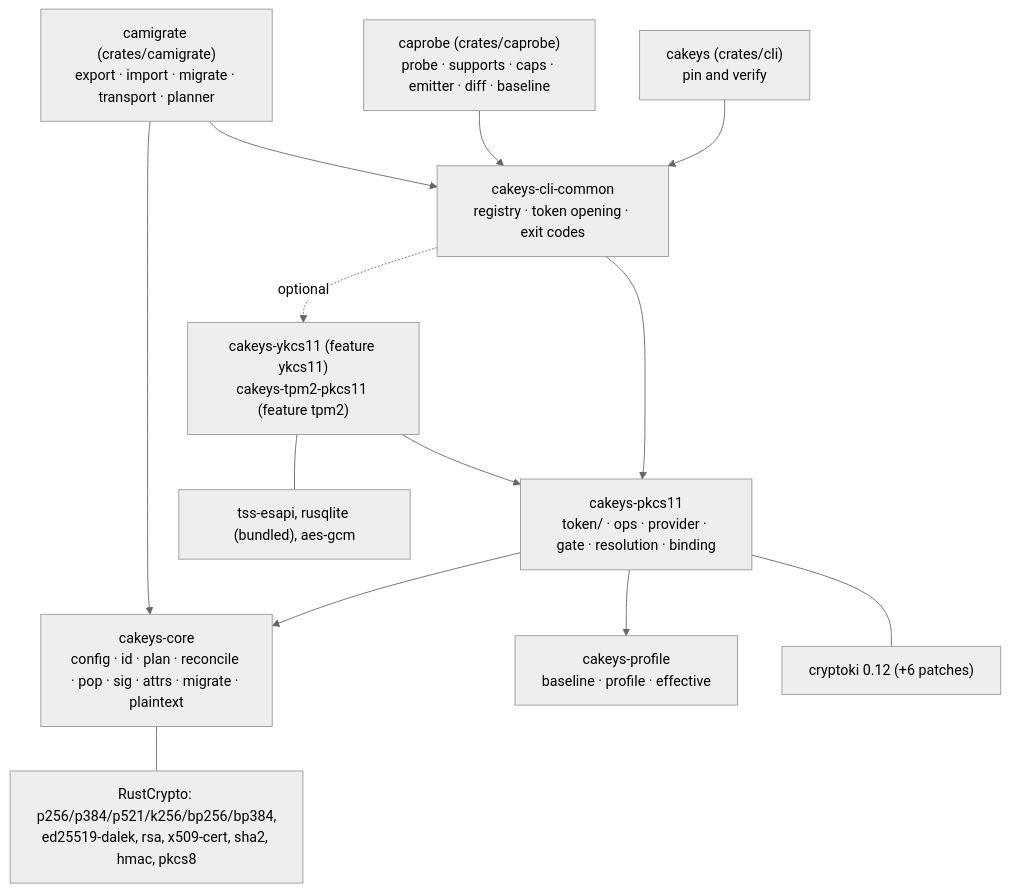
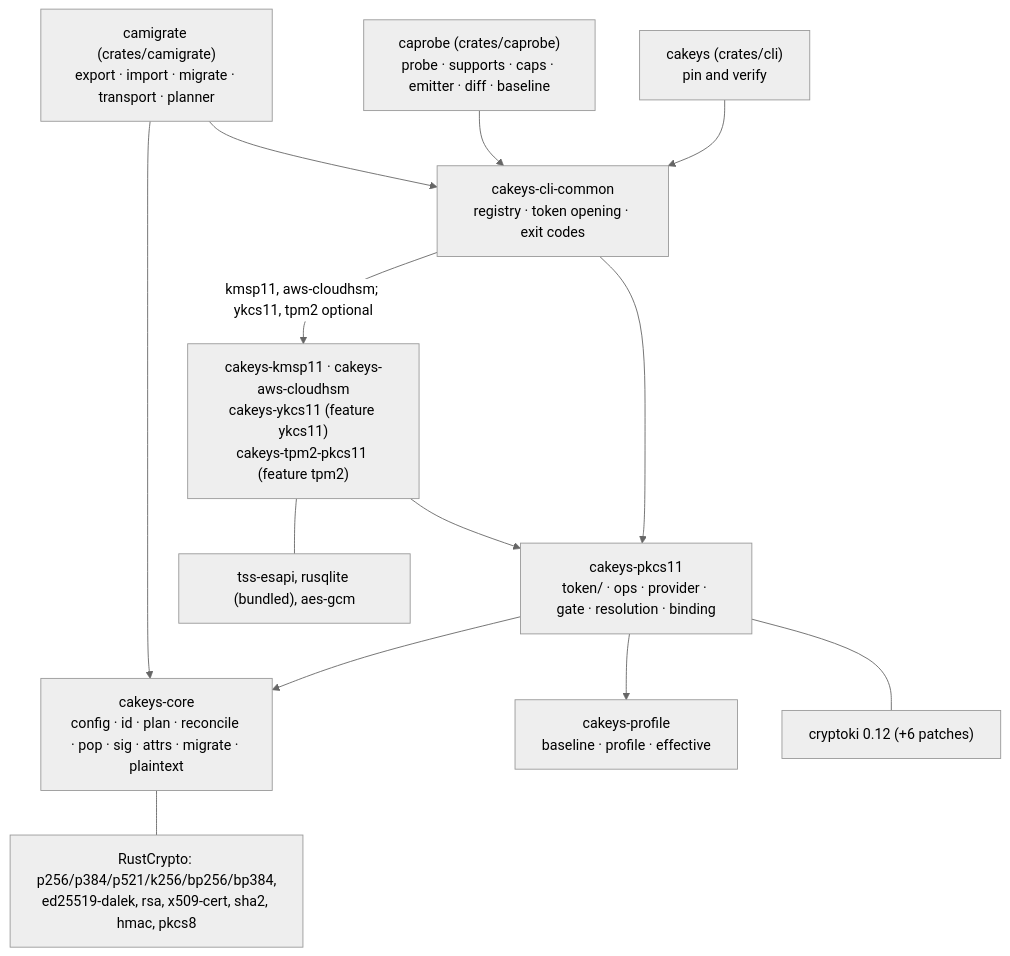
The first of 2 diagrams in docs/ARCHITECTURE.md (Princemachiavelli/cakeys), drawn with Mermaid (neutral theme) before and after one commit. The commit also changed other lines of this file and 347 other files, not shown here.

````diff
--- a/docs/ARCHITECTURE.md
+++ b/docs/ARCHITECTURE.md
@@ -42,25 +42,25 @@
 ```mermaid
 flowchart TD
     CLI["cakeys (crates/cli)<br/>pin and verify"]
     PROBE["caprobe (crates/caprobe)<br/>probe · supports · caps · emitter · diff · baseline"]
     MIG["camigrate (crates/camigrate)<br/>export · import · migrate · transport · planner"]
     COMMON["cakeys-cli-common<br/>registry · token opening · exit codes"]
     P11["cakeys-pkcs11<br/>token/ · ops · provider · gate · resolution · binding"]
-    PROVS["cakeys-ykcs11 (feature ykcs11)<br/>cakeys-tpm2-pkcs11 (feature tpm2)"]
+    PROVS["cakeys-kmsp11 · cakeys-aws-cloudhsm<br/>cakeys-ykcs11 (feature ykcs11)<br/>cakeys-tpm2-pkcs11 (feature tpm2)"]
     CORE["cakeys-core<br/>config · id · plan · reconcile · pop · sig · attrs · migrate · plaintext"]
     PROF["cakeys-profile<br/>baseline · profile · effective"]
 
     CLI --> COMMON
     PROBE --> COMMON
     MIG --> COMMON
     COMMON --> P11
-    COMMON -. optional .-> PROVS
+    COMMON -- "kmsp11, aws-cloudhsm; ykcs11, tpm2 optional" --> PROVS
     PROVS --> P11
     P11 --> CORE
     P11 --> PROF
     MIG --> CORE
 
     CORE --- RC["RustCrypto: p256/p384/p521/k256/bp256/bp384,<br/>ed25519-dalek, rsa, x509-cert, sha2, hmac, pkcs8"]
     P11 --- CK["cryptoki 0.12 (+6 patches)"]
     PROVS --- TSS["tss-esapi, rusqlite (bundled), aes-gcm"]
 ```
````
